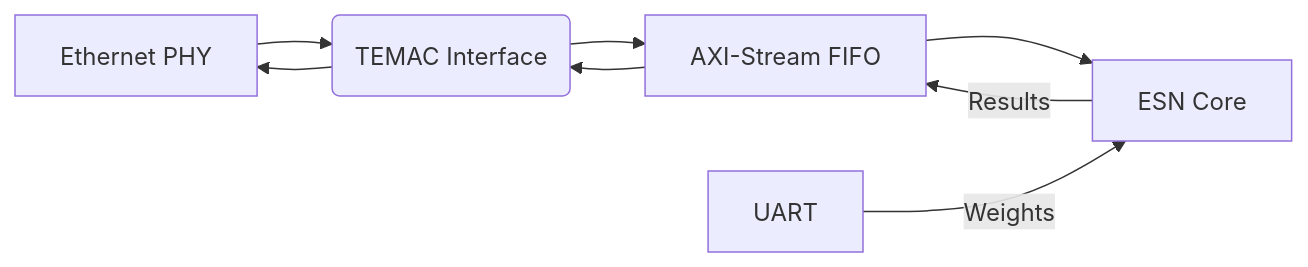
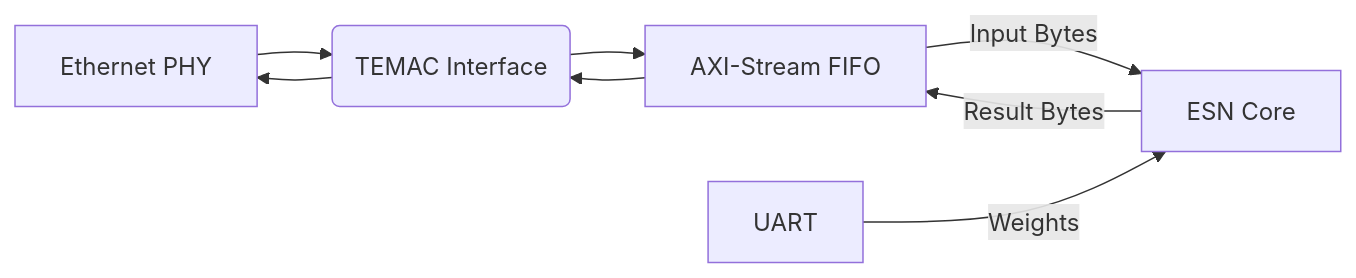
The second of 2 diagrams in README.md (muhammadfarhan720/RNN-MIMO-Ethernet-accelerator), drawn with Mermaid before and after one commit.

````diff
--- a/README.md
+++ b/README.md
@@ -69,10 +69,10 @@
 ```mermaid
 graph LR
     A[Ethernet PHY] --> B(TEMAC Interface)
     B(TEMAC Interface) --> A[Ethernet PHY]
     B --> C[AXI-Stream FIFO]
-    C --> D[ESN Core]
+    C --> |Input Bytes| D[ESN Core]
     E[UART] -->|Weights| D
-    D -->|Results| C
+    D -->|Result Bytes| C
     C --> B
 ```
````
